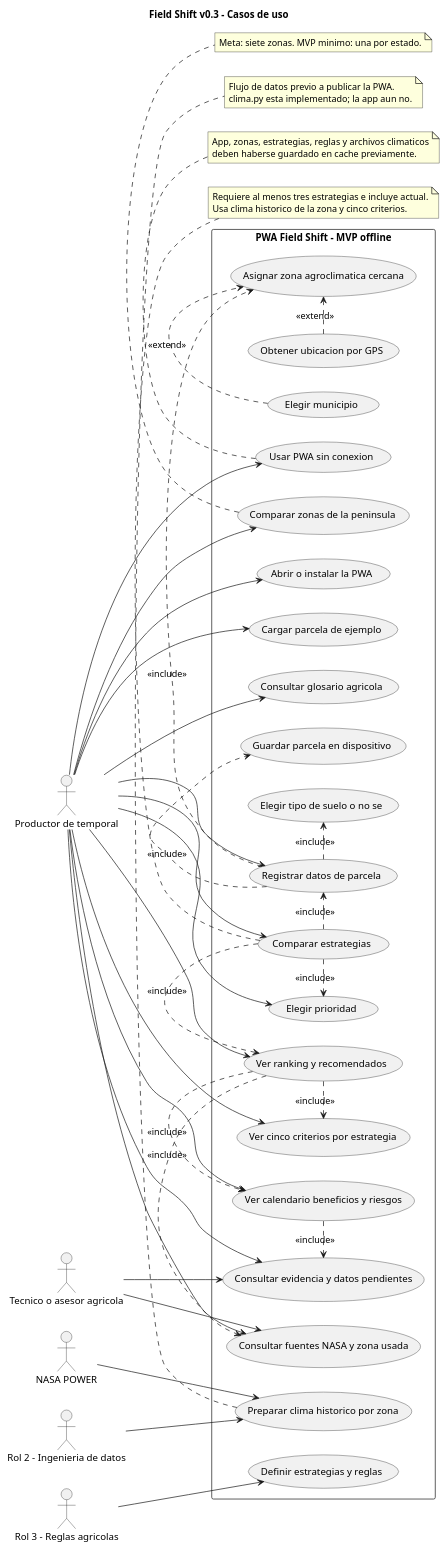
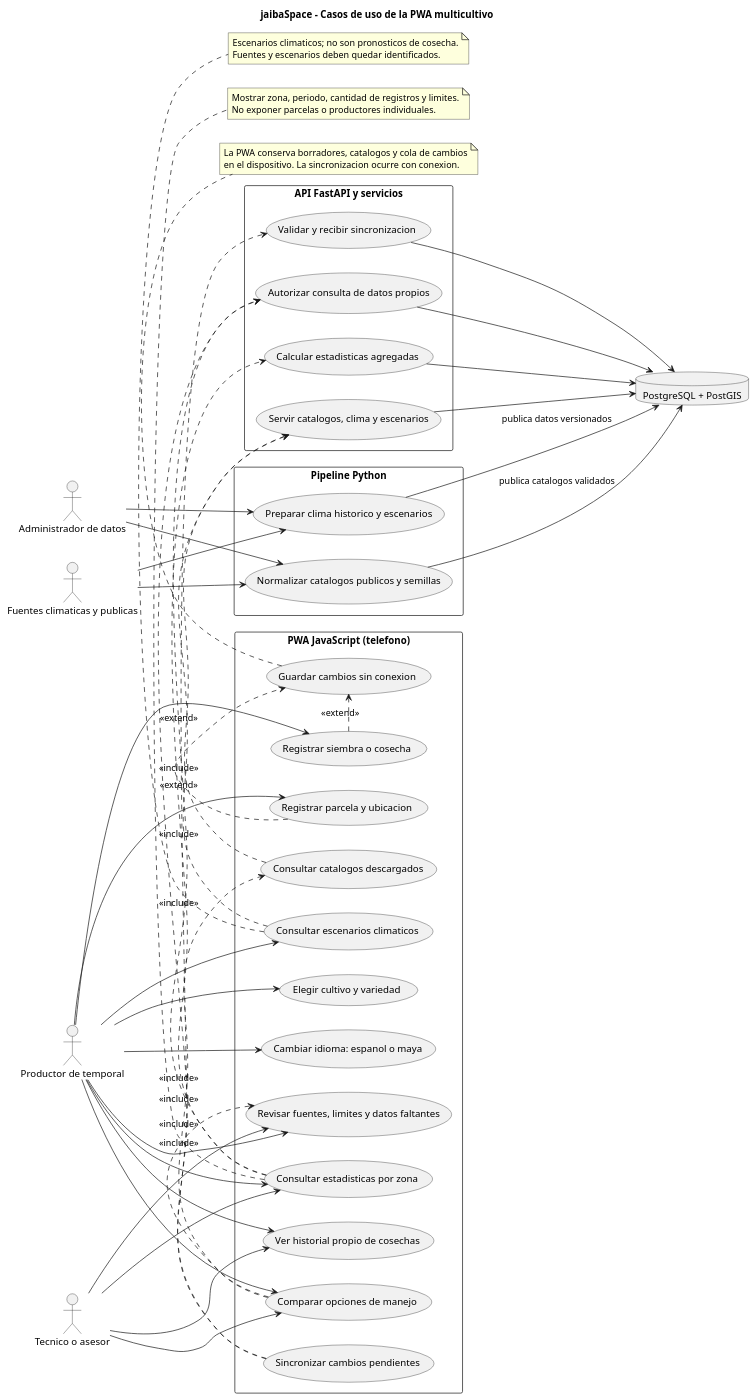
One commit to frediab1999-svg/jaibaSpace-Field-Shift-Adapting-Farms-with-NASA-Data- changed the diagram in docs/diagramas/casos-de-uso-field-shift.puml. Above: the diagram before and after it, drawn with PlantUML. The commit also changed 54 other files, not shown here.

```diff
--- a/docs/diagramas/casos-de-uso-field-shift.puml
+++ b/docs/diagramas/casos-de-uso-field-shift.puml
@@ -1,85 +1,89 @@
 @startuml
-title Field Shift v0.3 - Casos de uso
+title jaibaSpace - Casos de uso de la PWA multicultivo
 left to right direction
 skinparam packageStyle rectangle
 
 actor "Productor de temporal" as Productor
-actor "Tecnico o asesor agricola" as Asesor
-actor "NASA POWER" as NASA
-actor "Rol 2 - Ingenieria de datos" as Rol2
-actor "Rol 3 - Reglas agricolas" as Rol3
+actor "Tecnico o asesor" as Asesor
+actor "Administrador de datos" as Admin
+actor "Fuentes climaticas y publicas" as Fuentes
 
-rectangle "PWA Field Shift - MVP offline" {
-  usecase "Abrir o instalar la PWA" as UC_Open
-  usecase "Cargar parcela de ejemplo" as UC_Sample
-  usecase "Registrar datos de parcela" as UC_Parcel
-  usecase "Obtener ubicacion por GPS" as UC_GPS
-  usecase "Elegir municipio" as UC_Municipality
-  usecase "Asignar zona agroclimatica cercana" as UC_Zone
-  usecase "Elegir tipo de suelo o no se" as UC_Soil
-  usecase "Elegir prioridad" as UC_Priority
-  usecase "Guardar parcela en dispositivo" as UC_Save
-  usecase "Comparar estrategias" as UC_Compare
-  usecase "Ver ranking y recomendados" as UC_Rank
-  usecase "Ver cinco criterios por estrategia" as UC_Criteria
-  usecase "Ver calendario beneficios y riesgos" as UC_PlanDetails
-  usecase "Consultar evidencia y datos pendientes" as UC_Evidence
-  usecase "Consultar fuentes NASA y zona usada" as UC_Sources
-  usecase "Comparar zonas de la peninsula" as UC_Regions
-  usecase "Consultar glosario agricola" as UC_Glossary
-  usecase "Usar PWA sin conexion" as UC_Offline
-  usecase "Preparar clima historico por zona" as UC_Prepare
-  usecase "Definir estrategias y reglas" as UC_Rules
+rectangle "PWA JavaScript (telefono)" {
+  usecase "Consultar catalogos descargados" as Catalogos
+  usecase "Registrar parcela y ubicacion" as Parcela
+  usecase "Elegir cultivo y variedad" as Cultivo
+  usecase "Comparar opciones de manejo" as Comparar
+  usecase "Ver historial propio de cosechas" as Historial
+  usecase "Registrar siembra o cosecha" as Cosecha
+  usecase "Guardar cambios sin conexion" as Offline
+  usecase "Sincronizar cambios pendientes" as Sync
+  usecase "Consultar estadisticas por zona" as Estadisticas
+  usecase "Consultar escenarios climaticos" as Escenarios
+  usecase "Cambiar idioma: espanol o maya" as Idioma
+  usecase "Revisar fuentes, limites y datos faltantes" as Trazabilidad
 }
 
-Productor --> UC_Open
-Productor --> UC_Sample
-Productor --> UC_Parcel
-Productor --> UC_Priority
-Productor --> UC_Compare
-Productor --> UC_Rank
-Productor --> UC_Criteria
-Productor --> UC_PlanDetails
-Productor --> UC_Evidence
-Productor --> UC_Sources
-Productor --> UC_Regions
-Productor --> UC_Glossary
-Productor --> UC_Offline
-Asesor --> UC_Evidence
-Asesor --> UC_Sources
-Rol2 --> UC_Prepare
-NASA --> UC_Prepare
-Rol3 --> UC_Rules
+rectangle "API FastAPI y servicios" {
+  usecase "Validar y recibir sincronizacion" as Recibir
+  usecase "Autorizar consulta de datos propios" as Autorizar
+  usecase "Calcular estadisticas agregadas" as Agregar
+  usecase "Servir catalogos, clima y escenarios" as Servir
+}
 
-UC_Parcel .> UC_Zone : <<include>>
-UC_Parcel .> UC_Soil : <<include>>
-UC_Parcel .> UC_Save : <<include>>
-UC_GPS .> UC_Zone : <<extend>>
-UC_Municipality .> UC_Zone : <<extend>>
-UC_Compare .> UC_Parcel : <<include>>
-UC_Compare .> UC_Priority : <<include>>
-UC_Compare .> UC_Rank : <<include>>
-UC_Rank .> UC_Criteria : <<include>>
-UC_Rank .> UC_PlanDetails : <<include>>
-UC_PlanDetails .> UC_Evidence : <<include>>
-UC_Rank .> UC_Sources : <<include>>
+database "PostgreSQL + PostGIS" as DB
 
-note bottom of UC_Compare
-  Requiere al menos tres estrategias e incluye actual.
-  Usa clima historico de la zona y cinco criterios.
+rectangle "Pipeline Python" {
+  usecase "Preparar clima historico y escenarios" as PipelineClima
+  usecase "Normalizar catalogos publicos y semillas" as PipelineCatalogos
+}
+
+Productor --> Parcela
+Productor --> Cultivo
+Productor --> Comparar
+Productor --> Historial
+Productor --> Cosecha
+Productor --> Estadisticas
+Productor --> Escenarios
+Productor --> Idioma
+Productor --> Trazabilidad
+Asesor --> Comparar
+Asesor --> Historial
+Asesor --> Estadisticas
+Asesor --> Trazabilidad
+Admin --> PipelineClima
+Admin --> PipelineCatalogos
+Fuentes --> PipelineClima
+Fuentes --> PipelineCatalogos
+
+Comparar .> Catalogos : <<include>>
+Comparar .> Trazabilidad : <<include>>
+Cosecha .> Offline : <<extend>>
+Parcela .> Offline : <<extend>>
+Sync .> Recibir : <<include>>
+Sync .> Autorizar : <<include>>
+Estadisticas .> Agregar : <<include>>
+Estadisticas .> Autorizar : <<include>>
+Escenarios .> Servir : <<include>>
+Catalogos .> Servir : <<extend>>
+Recibir --> DB
+Autorizar --> DB
+Agregar --> DB
+Servir --> DB
+PipelineClima --> DB : publica datos versionados
+PipelineCatalogos --> DB : publica catalogos validados
+
+note bottom of Offline
+  La PWA conserva borradores, catalogos y cola de cambios
+  en el dispositivo. La sincronizacion ocurre con conexion.
 end note
 
-note bottom of UC_Offline
-  App, zonas, estrategias, reglas y archivos climaticos
-  deben haberse guardado en cache previamente.
+note bottom of Estadisticas
+  Mostrar zona, periodo, cantidad de registros y limites.
+  No exponer parcelas o productores individuales.
 end note
 
-note bottom of UC_Prepare
-  Flujo de datos previo a publicar la PWA.
-  clima.py esta implementado; la app aun no.
-end note
-
-note bottom of UC_Regions
-  Meta: siete zonas. MVP minimo: una por estado.
+note bottom of Escenarios
+  Escenarios climaticos; no son pronosticos de cosecha.
+  Fuentes y escenarios deben quedar identificados.
 end note
 @enduml
```
